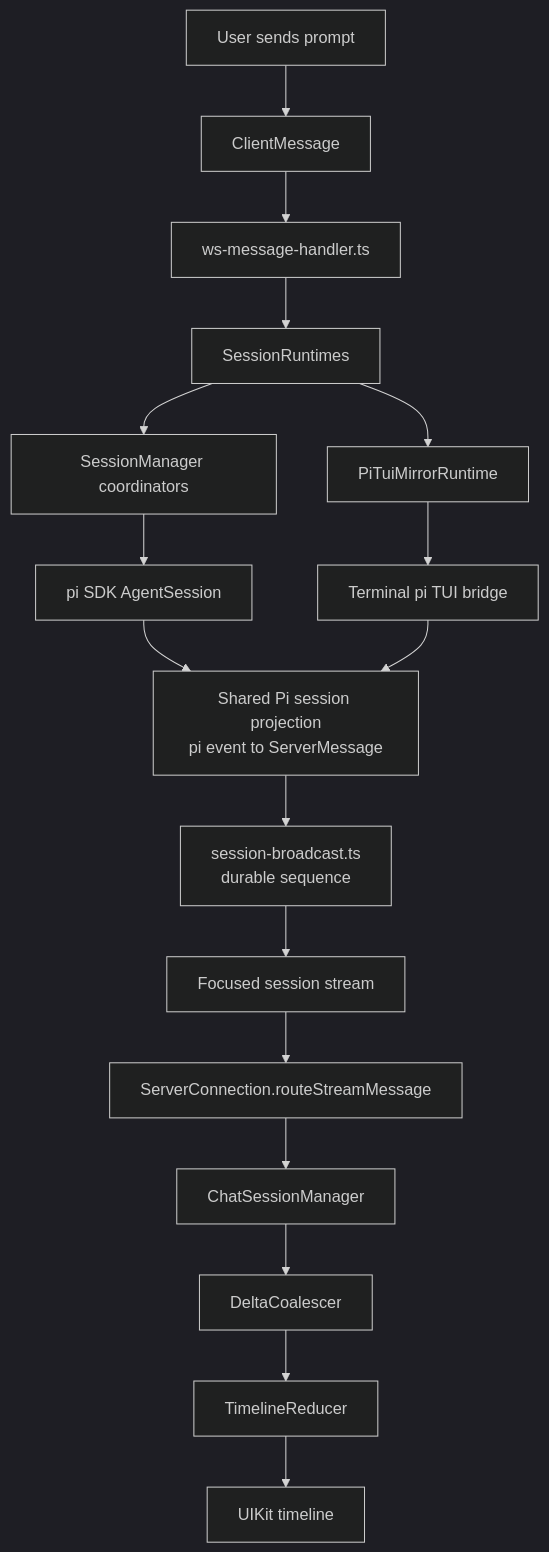
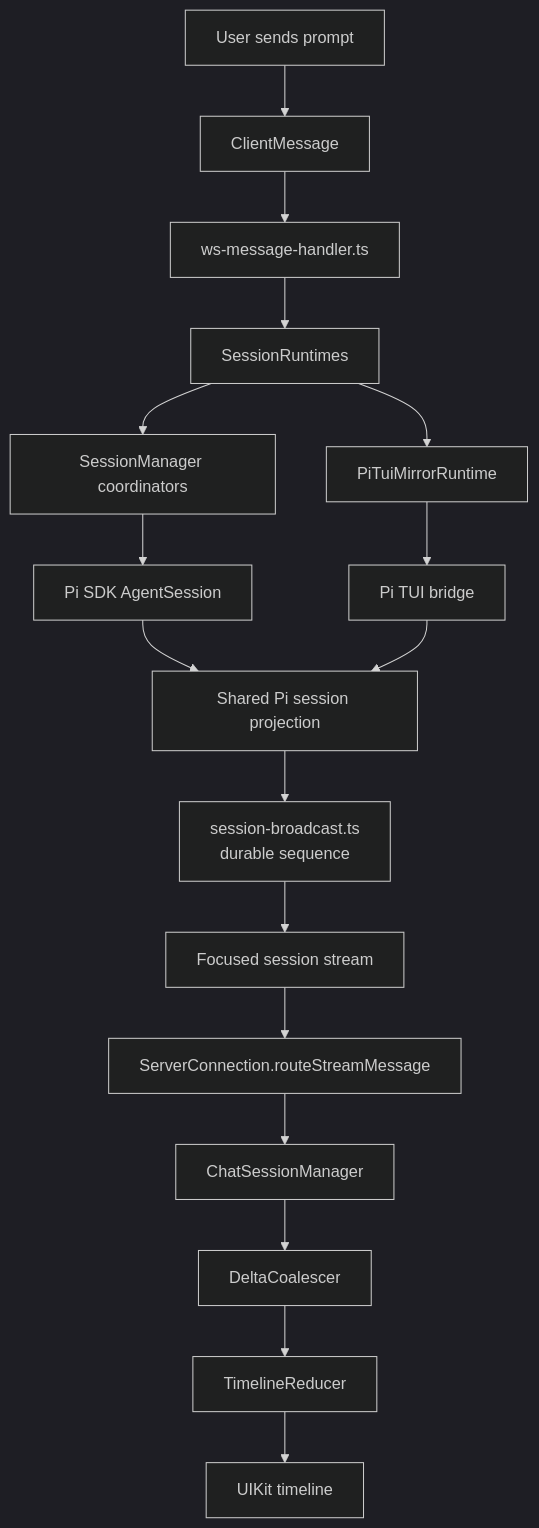
One commit to duh17/oppi changed the third of 3 diagrams in docs/architecture.md. Above: the diagram before and after it, drawn with Mermaid (dark theme). The commit also changed other lines of this file and 6 other files, not shown here.

Commit message:
chore: split architecture boundary guides

````diff
--- a/docs/architecture.md
+++ b/docs/architecture.md
@@ -136,36 +115,36 @@
 ```mermaid
 graph TD
   Prompt[User sends prompt]
   ClientMsg[ClientMessage]
   Handler[ws-message-handler.ts]
   Router[SessionRuntimes]
   SessionMgr[SessionManager coordinators]
   Mirror[PiTuiMirrorRuntime]
-  SDK[pi SDK AgentSession]
-  Terminal[Terminal pi TUI bridge]
-  Translate[Shared Pi session projection<br/>pi event to ServerMessage]
+  SDK[Pi SDK AgentSession]
+  Terminal[Pi TUI bridge]
+  Translate[Shared Pi session projection]
   Sequence[session-broadcast.ts<br/>durable sequence]
   Stream[Focused session stream]
   Route[ServerConnection.routeStreamMessage]
   Manager[ChatSessionManager]
   Coalesce[DeltaCoalescer]
   Reduce[TimelineReducer]
   Render[UIKit timeline]
 
   Prompt --> ClientMsg
   ClientMsg --> Handler
   Handler --> Router
   Router --> SessionMgr
   Router --> Mirror
   SessionMgr --> SDK
   Mirror --> Terminal
   SDK --> Translate
   Terminal --> Translate
   Translate --> Sequence
   Sequence --> Stream
   Stream --> Route
   Route --> Manager
   Manager --> Coalesce
   Coalesce --> Reduce
   Reduce --> Render
 ```
````
